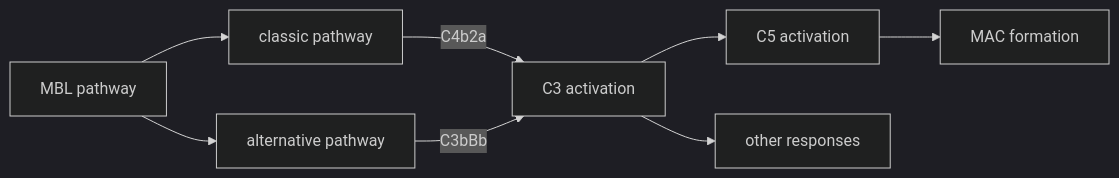
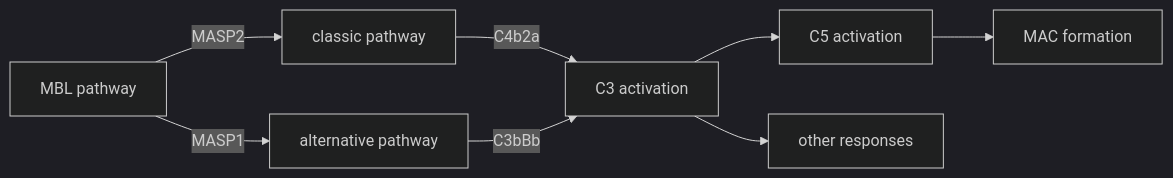
The fifth of 14 diagrams in course/molecular-immunology/molecular-immunology.md (gxf1212/notes), drawn with Mermaid (dark theme) before and after one commit. The commit also changed other lines of this file, not shown here.

````diff
--- a/course/molecular-immunology/molecular-immunology.md
+++ b/course/molecular-immunology/molecular-immunology.md
@@ -760,10 +760,10 @@
 ```mermaid
 graph LR
 c[classic pathway] --C4b2a--> c3[C3 activation]
 a[alternative pathway] --C3bBb--> c3
-m[MBL pathway] --> c
-m[MBL pathway] --> a
+m[MBL pathway] --MASP2--> c
+m[MBL pathway] --MASP1--> a
 c3 --> c5[C5 activation]
 c5 --> mac[MAC formation]
 c3 --> o[other responses]
 ```
````
